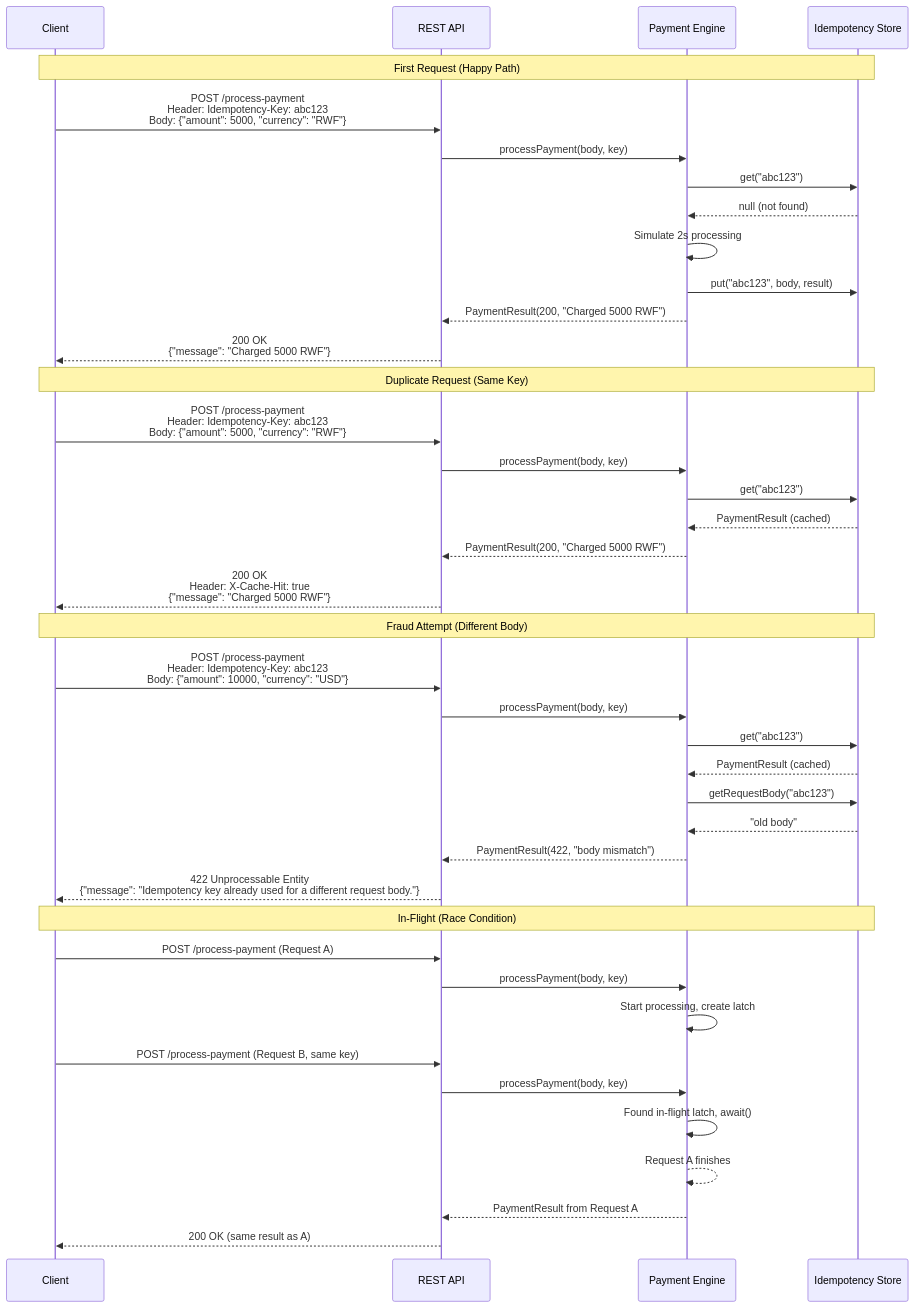
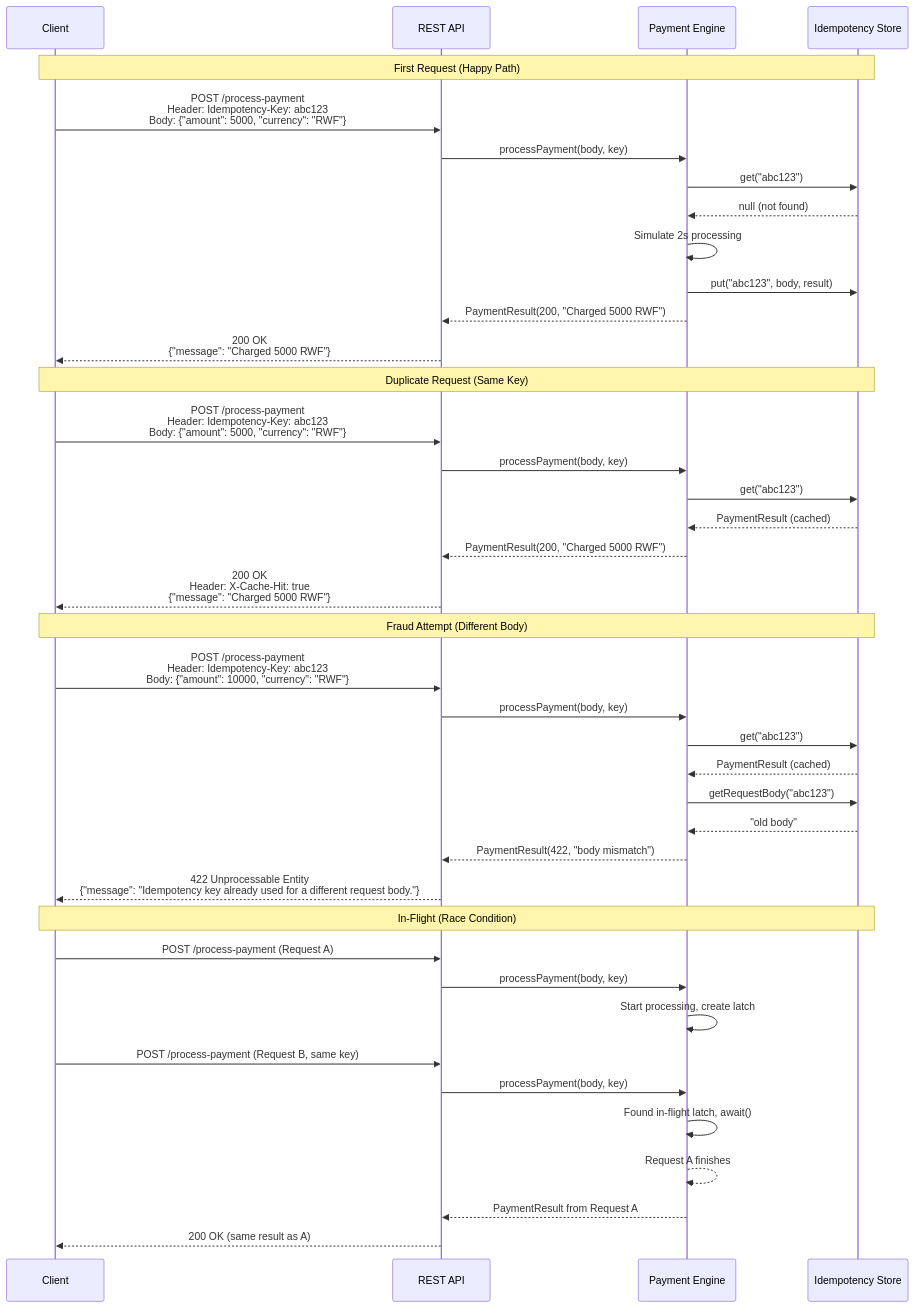
Before and after one commit to AmaliTech-Training-Academy/AmaliTech-DEG-Project-based-challenges: the diagram in backend/Idempotency-gateway/README.md, drawn with Mermaid. The commit also changed 1 other file, not shown here.

Commit message:
use RWF currency in fraud test

````diff
--- a/backend/Idempotency-gateway/README.md
+++ b/backend/Idempotency-gateway/README.md
@@ -7,46 +7,46 @@
 ```mermaid
 sequenceDiagram
     participant C as Client
     participant API as REST API
     participant E as Payment Engine
     participant S as Idempotency Store
 
     Note over C,S: First Request (Happy Path)
     C->>API: POST /process-payment<br/>Header: Idempotency-Key: abc123<br/>Body: {"amount": 5000, "currency": "RWF"}
     API->>E: processPayment(body, key)
     E->>S: get("abc123")
     S-->>E: null (not found)
     E->>E: Simulate 2s processing
     E->>S: put("abc123", body, result)
     E-->>API: PaymentResult(200, "Charged 5000 RWF")
     API-->>C: 200 OK<br/>{"message": "Charged 5000 RWF"}
 
     Note over C,S: Duplicate Request (Same Key)
     C->>API: POST /process-payment<br/>Header: Idempotency-Key: abc123<br/>Body: {"amount": 5000, "currency": "RWF"}
     API->>E: processPayment(body, key)
     E->>S: get("abc123")
     S-->>E: PaymentResult (cached)
     E-->>API: PaymentResult(200, "Charged 5000 RWF")
     API-->>C: 200 OK<br/>Header: X-Cache-Hit: true<br/>{"message": "Charged 5000 RWF"}
 
     Note over C,S: Fraud Attempt (Different Body)
-    C->>API: POST /process-payment<br/>Header: Idempotency-Key: abc123<br/>Body: {"amount": 10000, "currency": "USD"}
+    C->>API: POST /process-payment<br/>Header: Idempotency-Key: abc123<br/>Body: {"amount": 10000, "currency": "RWF"}
     API->>E: processPayment(body, key)
     E->>S: get("abc123")
     S-->>E: PaymentResult (cached)
     E->>S: getRequestBody("abc123")
     S-->>E: "old body"
     E-->>API: PaymentResult(422, "body mismatch")
     API-->>C: 422 Unprocessable Entity<br/>{"message": "Idempotency key already used for a different request body."}
 
     Note over C,S: In-Flight (Race Condition)
     C->>API: POST /process-payment (Request A)
     API->>E: processPayment(body, key)
     E->>E: Start processing, create latch
     C->>API: POST /process-payment (Request B, same key)
     API->>E: processPayment(body, key)
     E->>E: Found in-flight latch, await()
     E-->>E: Request A finishes
     E-->>API: PaymentResult from Request A
     API-->>C: 200 OK (same result as A)
 ```
````
